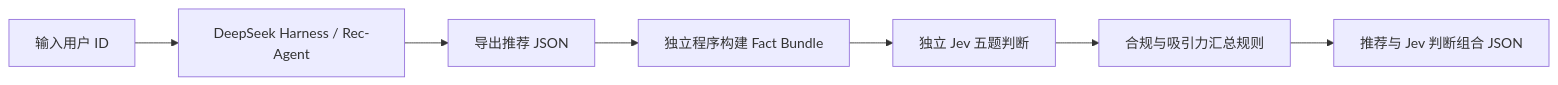
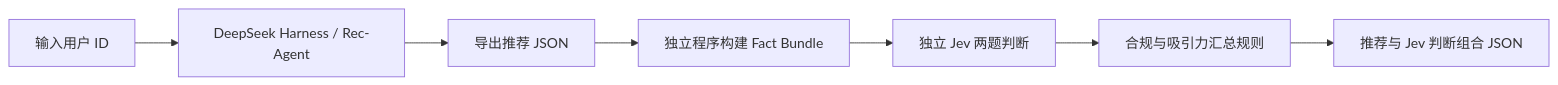
Before and after one commit to Qhf7/Rec-Agent: the diagram in docs/STANDALONE_WORKFLOW.md, drawn with Mermaid. The commit also changed other lines of this file and 48 other files, not shown here.

````diff
--- a/docs/STANDALONE_WORKFLOW.md
+++ b/docs/STANDALONE_WORKFLOW.md
@@ -5,9 +5,9 @@
 ```mermaid
 flowchart LR
     A[输入用户 ID] --> B[DeepSeek Harness / Rec-Agent]
     B --> C[导出推荐 JSON]
     C --> D[独立程序构建 Fact Bundle]
-    D --> E[独立 Jev 五题判断]
+    D --> E[独立 Jev 两题判断]
     E --> P[合规与吸引力汇总规则]
     P --> F[推荐与 Jev 判断组合 JSON]
 ```
````
